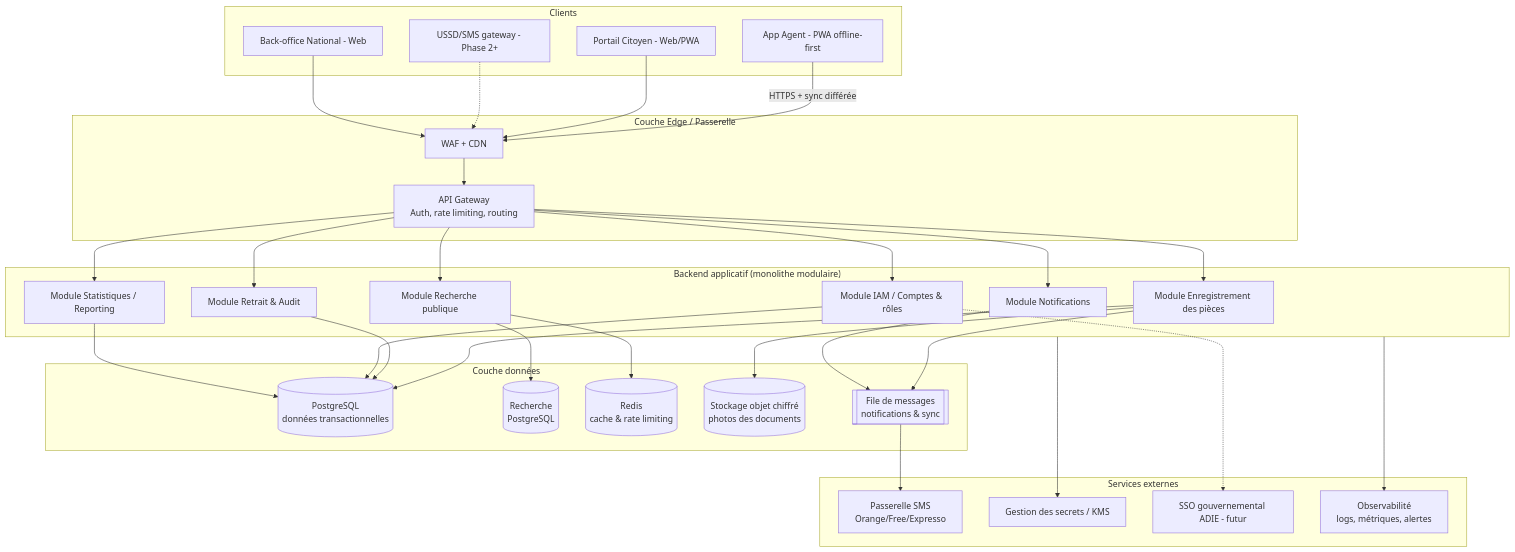
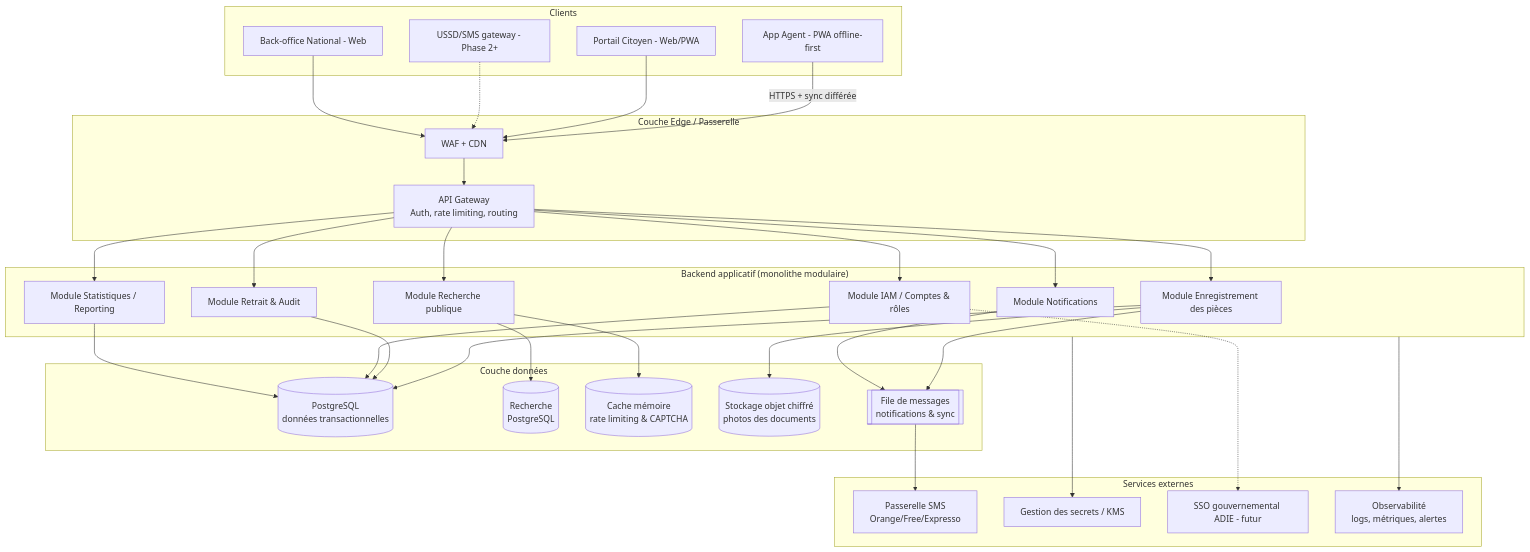
Before and after one commit to vincediegane/samapiece: the third of 3 diagrams in PROJET-SAMAPIECE.md, drawn with Mermaid. The commit also changed other lines of this file and 21 other files, not shown here.

First line of the commit message:
refactor: supprimer Redis, rate limiting et CAPTCHA en memoire

````diff
--- a/PROJET-SAMAPIECE.md
+++ b/PROJET-SAMAPIECE.md
@@ -526,59 +526,59 @@
 ```mermaid
 flowchart TB
     subgraph Clients
         A1[App Agent - PWA offline-first]
         C1[Portail Citoyen - Web/PWA]
         C2[USSD/SMS gateway - Phase 2+]
         B1[Back-office National - Web]
     end
 
     subgraph Edge["Couche Edge / Passerelle"]
         WAF[WAF + CDN]
         APIGW[API Gateway<br/>Auth, rate limiting, routing]
     end
 
     subgraph App["Backend applicatif (monolithe modulaire)"]
         M1[Module Enregistrement des pièces]
         M2[Module Recherche publique]
         M3[Module Notifications]
         M4[Module Retrait & Audit]
         M5[Module IAM / Comptes & rôles]
         M6[Module Statistiques / Reporting]
     end
 
     subgraph Data["Couche données"]
         DB[(PostgreSQL<br/>données transactionnelles)]
         SEARCH[(Recherche<br/>PostgreSQL)]
-        CACHE[(Redis<br/>cache & rate limiting)]
+        CACHE[(Cache mémoire<br/>rate limiting & CAPTCHA)]
         OBJ[(Stockage objet chiffré<br/>photos des documents)]
         QUEUE[[File de messages<br/>notifications & sync]]
     end
 
     subgraph Ext["Services externes"]
         SMS[Passerelle SMS<br/>Orange/Free/Expresso]
         KMS[Gestion des secrets / KMS]
         SSO[SSO gouvernemental ADIE - futur]
         MONITOR[Observabilité<br/>logs, métriques, alertes]
     end
 
     A1 -->|HTTPS + sync différée| WAF
     C1 --> WAF
     C2 -.-> WAF
     B1 --> WAF
     WAF --> APIGW
     APIGW --> M1 & M2 & M3 & M4 & M5 & M6
 
     M1 --> DB
     M1 --> OBJ
     M1 --> QUEUE
     M2 --> SEARCH
     M2 --> CACHE
     M3 --> QUEUE
     QUEUE --> SMS
     M4 --> DB
     M5 --> DB
     M5 -.-> SSO
     M6 --> DB
     App --> KMS
     App --> MONITOR
 ```
````
